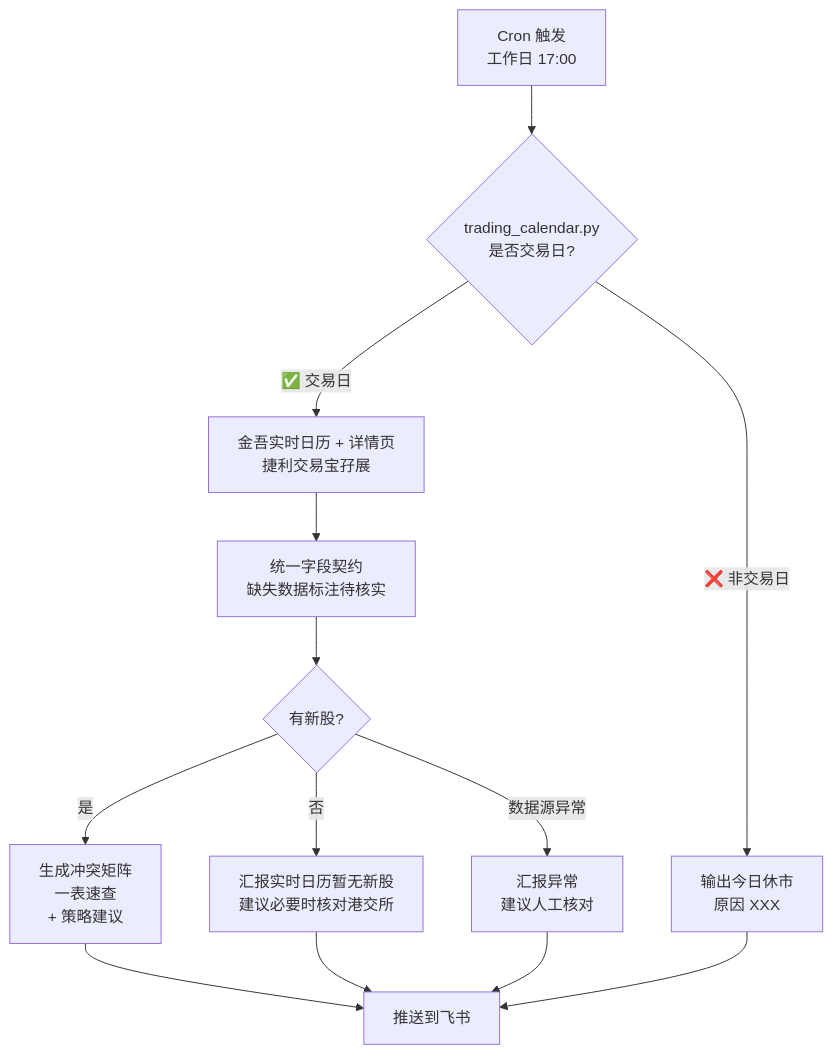
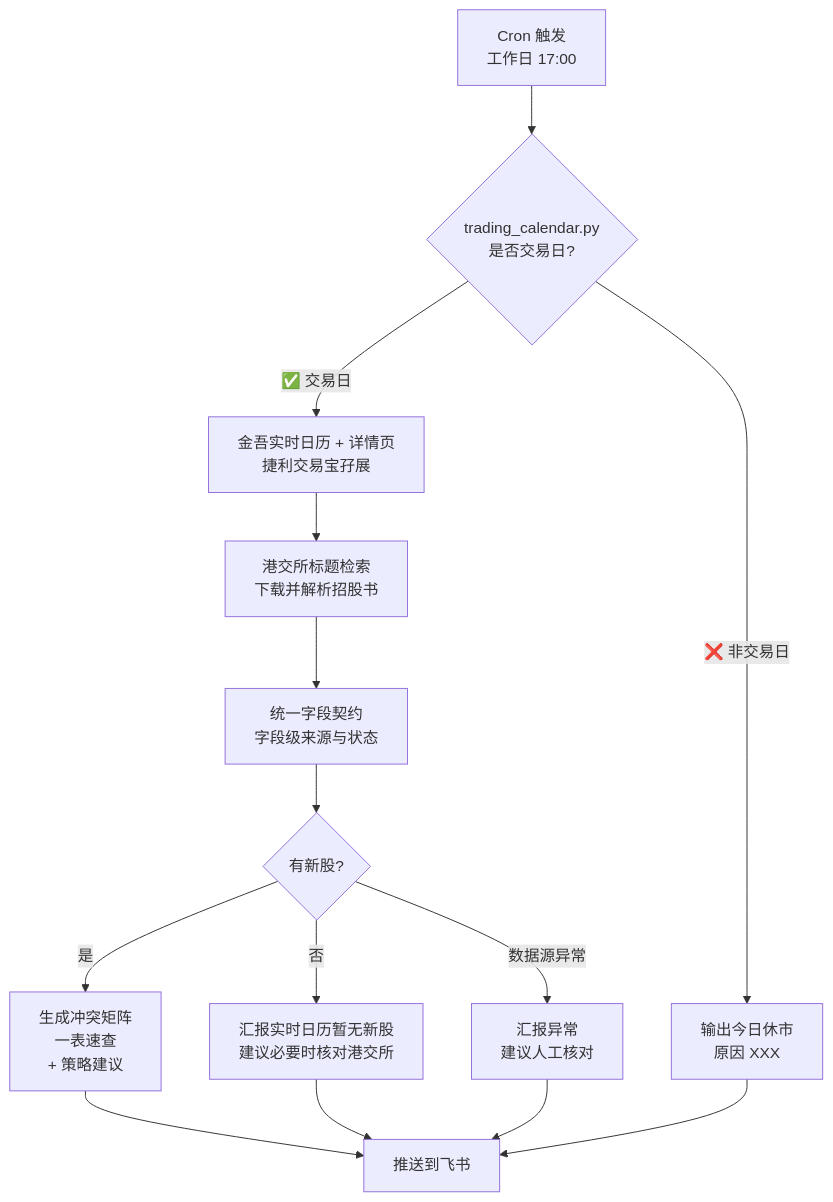
One commit to mrlintl123-a11y/hkex-ipo-tracker changed the diagram in README.md. Above: the diagram before and after it, drawn with Mermaid. The commit also changed other lines of this file and 14 other files, not shown here.

````diff
--- a/README.md
+++ b/README.md
@@ -17,15 +19,16 @@
 ```mermaid
 flowchart TD
     A[Cron 触发<br/>工作日 17:00] --> B{trading_calendar.py<br/>是否交易日?}
     B -->|❌ 非交易日| C[输出今日休市<br/>原因 XXX]
     B -->|✅ 交易日| D[金吾实时日历 + 详情页<br/>捷利交易宝孖展]
-    D --> E[统一字段契约<br/>缺失数据标注待核实]
-    E --> F{有新股?}
+    D --> E[港交所标题检索<br/>下载并解析招股书]
+    E --> K[统一字段契约<br/>字段级来源与状态]
+    K --> F{有新股?}
     F -->|是| G[生成冲突矩阵<br/>一表速查<br/>+ 策略建议]
     F -->|否| H[汇报实时日历暂无新股<br/>建议必要时核对港交所]
     F -->|数据源异常| I[汇报异常<br/>建议人工核对]
     G --> J[推送到飞书]
     H --> J
     I --> J
     C --> J
 ```
````
